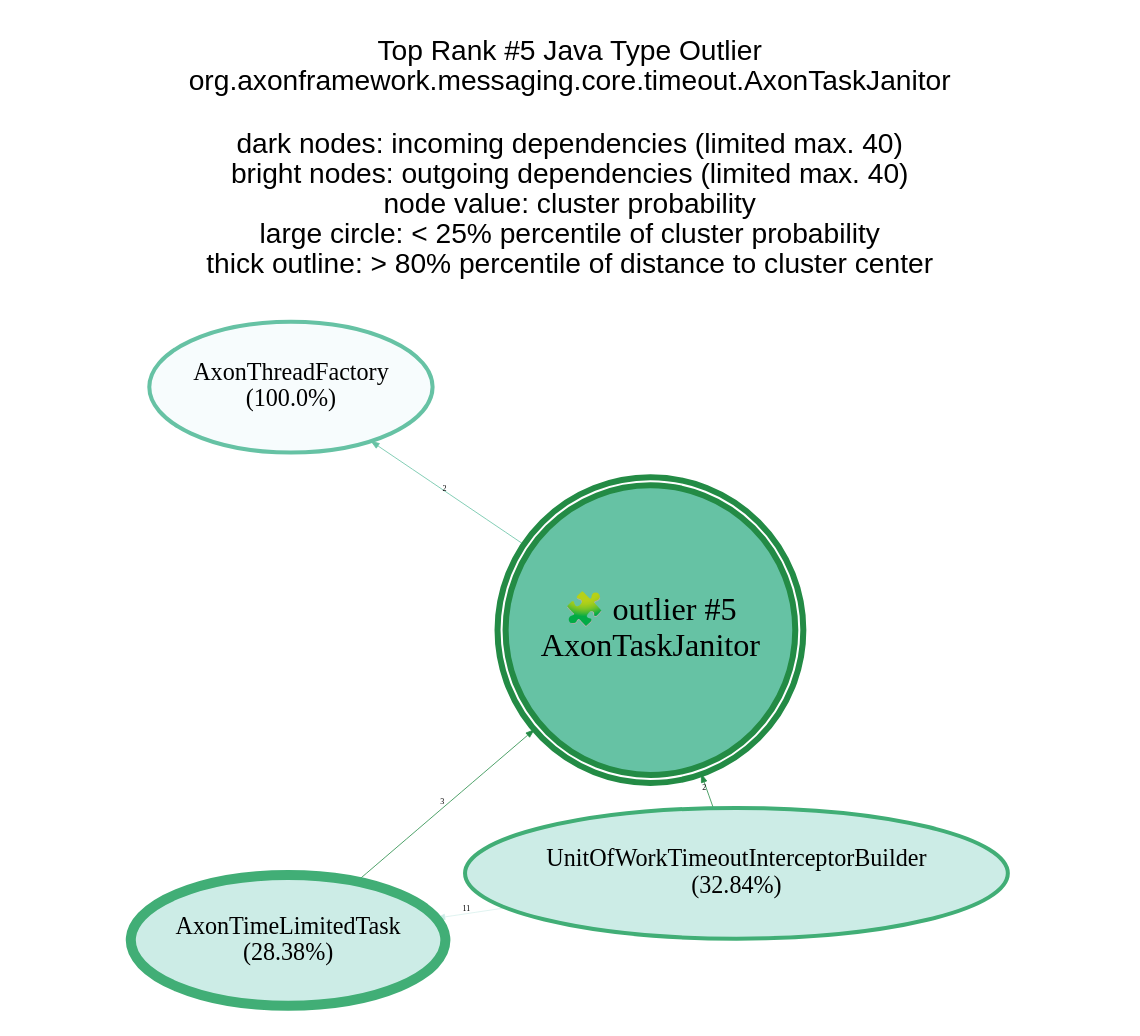
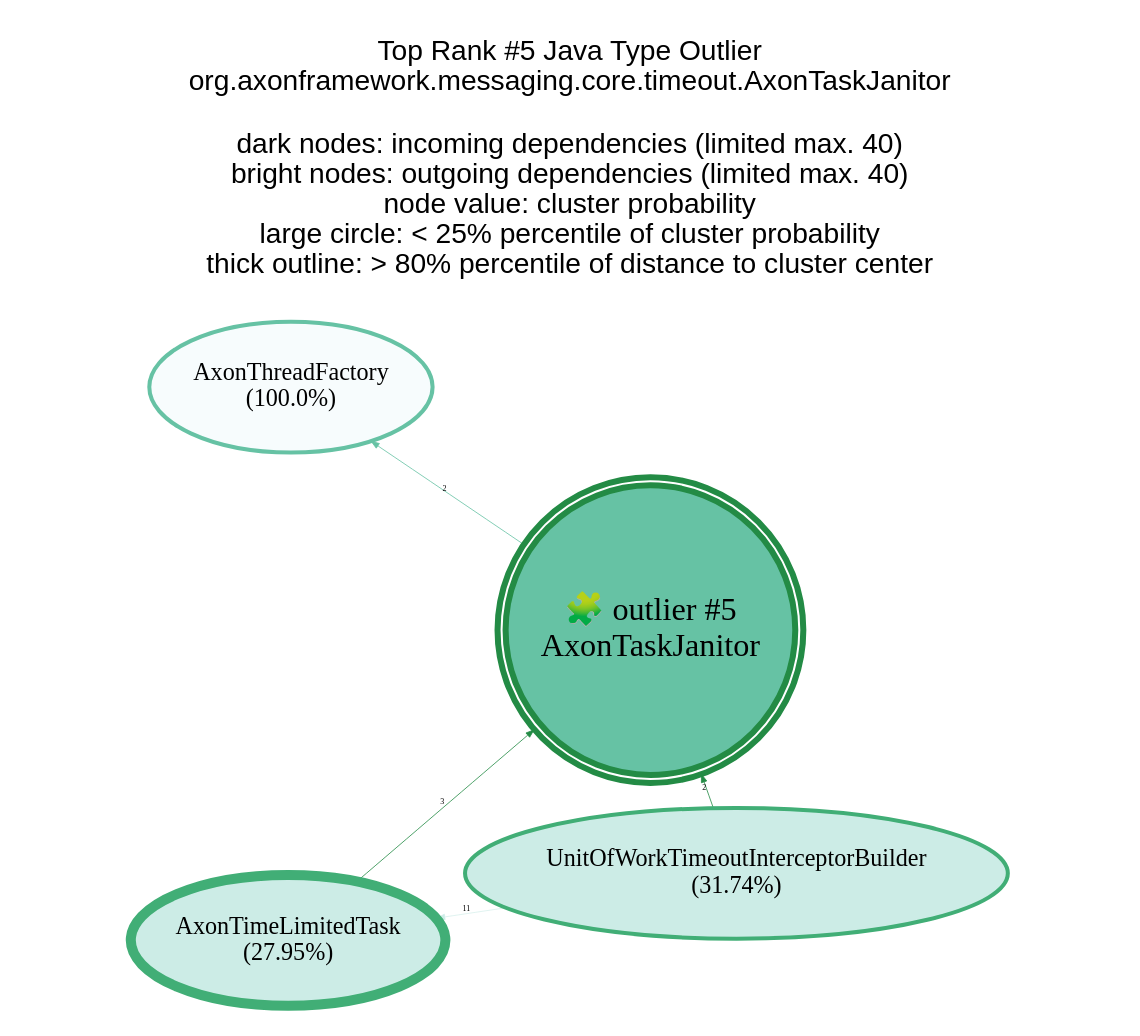
Before and after one commit to JohT/code-graph-analysis-examples: the diagram in analysis-results/AxonFramework/AxonFramework-5.0.1/anomaly-detection/Java_Type/GraphVisualizations/graphviz/TopOutlier5.gv, drawn with Graphviz. The commit also changed 721 other files, not shown here.

```diff
--- a/analysis-results/AxonFramework/AxonFramework-5.0.1/anomaly-detection/Java_Type/GraphVisualizations/graphviz/TopOutlier5.gv
+++ b/analysis-results/AxonFramework/AxonFramework-5.0.1/anomaly-detection/Java_Type/GraphVisualizations/graphviz/TopOutlier5.gv
@@ -1,21 +1,21 @@
 // This GraphViz dot file was generated by the script convertQueryResultCsvToGraphVizDotFile.sh with TopCentral.template
 
 strict digraph TopOutlier5 {
     graph [layout = "fdp"; start = "7"; splines = "spline"; pad = "0.8,0.1"; outputorder = "edgesfirst";];
     graph [fontname = "Helvetica,Arial,sans-serif"; labelloc = "t";];
     node [colorscheme = "bugn9"; color = 6; fillcolor = 3;];
     edge [colorscheme = "bugn9"; color = 7;];
     node [fontsize = 12; style = "filled"; margin = "0.03,0.03"; width="1.3"; height="0.9";];
     edge [fontsize = 4; arrowsize = "0.4";];
 
     central [shape = "doublecircle"; height = "2.0"; margin = "0.000001,0.000001";];
     central [fontsize = 16;];
     central [color = 7; fillcolor = 5; penwidth = 3;];
 
 	graph   [label="Top Rank #5 Java Type Outlier\norg.axonframework.messaging.core.timeout.AxonTaskJanitor\n\ndark nodes: incoming dependencies (limited max. 40)\nbright nodes: outgoing dependencies (limited max. 40)\nnode value: cluster probability\nlarge circle: < 25% percentile of cluster probability\nthick outline: > 80% percentile of distance to cluster center\n\n"];
 	central [label="🧩 outlier #5\nAxonTaskJanitor"];
-	"AxonTimeLimitedTask_46199"  [label = "AxonTimeLimitedTask\n(28.38%)"; penwidth = 5; ]; "AxonTimeLimitedTask_46199" -> central [label=3; weight=3; penwidth=0.4];
-	"UnitOfWorkTimeoutInterceptorBuilder_46198"  [label = "UnitOfWorkTimeoutInterceptorBuilder\n(32.84%)"; penwidth = 2; ]; "UnitOfWorkTimeoutInterceptorBuilder_46198" -> central [label=2; weight=2; penwidth=0.4];
+	"AxonTimeLimitedTask_46199"  [label = "AxonTimeLimitedTask\n(27.95%)"; penwidth = 5; ]; "AxonTimeLimitedTask_46199" -> central [label=3; weight=3; penwidth=0.4];
+	"UnitOfWorkTimeoutInterceptorBuilder_46198"  [label = "UnitOfWorkTimeoutInterceptorBuilder\n(31.74%)"; penwidth = 2; ]; "UnitOfWorkTimeoutInterceptorBuilder_46198" -> central [label=2; weight=2; penwidth=0.4];
 	"AxonThreadFactory_460"  [label = "AxonThreadFactory\n(100.0%)"; penwidth = 2; color = 5; fillcolor = 1; ]; central -> "AxonThreadFactory_460" [label=2; weight=2; penwidth=0.4; color = 5];
 	"UnitOfWorkTimeoutInterceptorBuilder_46198" -> "AxonTimeLimitedTask_46199" [label=11; weight=11; penwidth=0.3; color = 3]
 }
```
